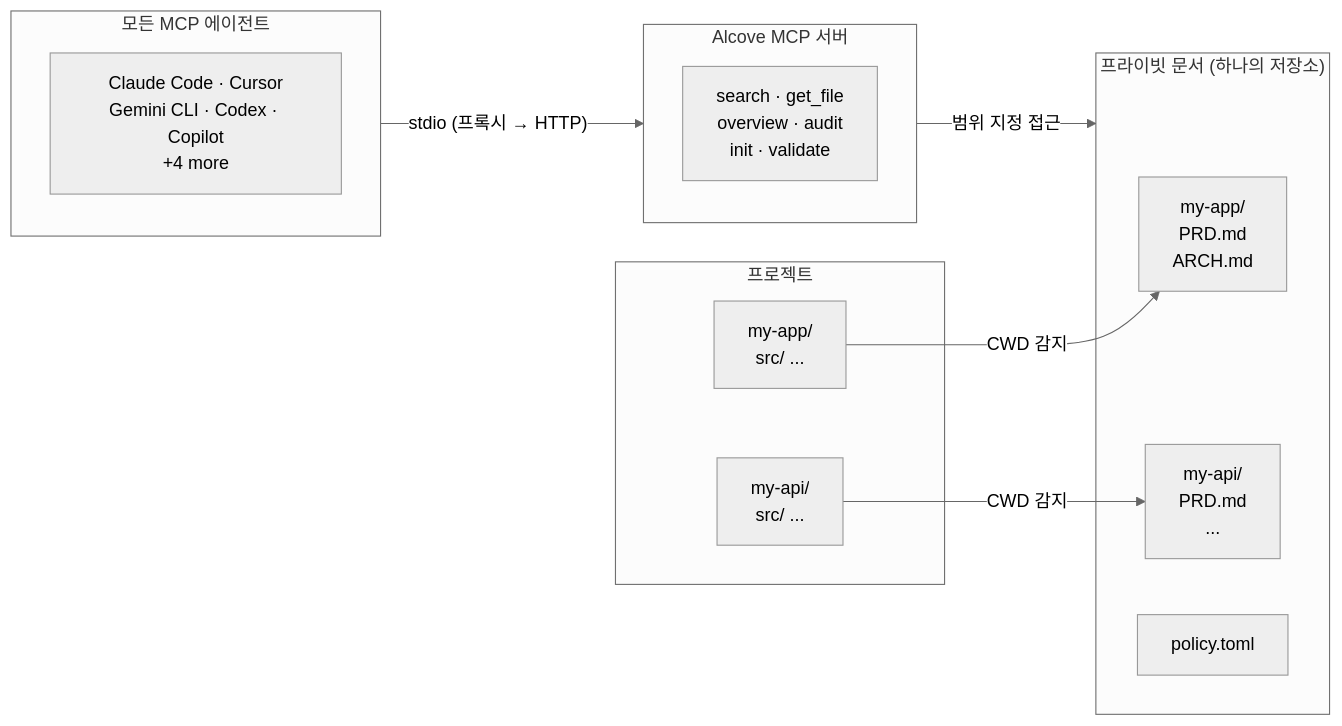
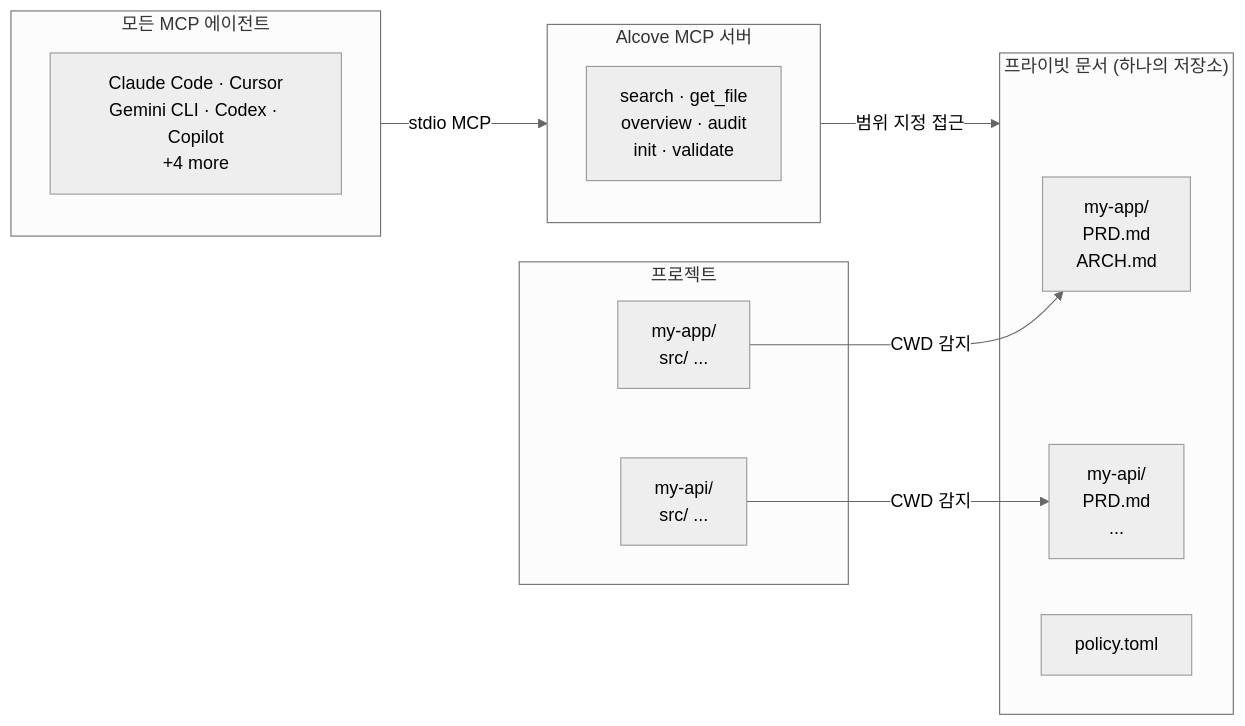
Before and after one commit to epicsagas/alcove: the diagram in docs/README.ko.md, drawn with Mermaid (neutral theme). The commit also changed other lines of this file and 9 other files, not shown here.

First line of the commit message:
docs(readme): simplify to local-first, add roadmap for remote access

````diff
--- a/docs/README.ko.md
+++ b/docs/README.ko.md
@@ -232,26 +230,26 @@
 ```mermaid
 flowchart LR
     subgraph Projects["프로젝트"]
         A1["my-app/\n  src/ ..."]
         A2["my-api/\n  src/ ..."]
     end
 
     subgraph Docs["프라이빗 문서 (하나의 저장소)"]
         D1["my-app/\n  PRD.md\n  ARCH.md"]
         D2["my-api/\n  PRD.md\n  ..."]
         P1["policy.toml"]
     end
 
     subgraph Agents["모든 MCP 에이전트"]
         AG["Claude Code · Cursor\nGemini CLI · Codex · Copilot\n+4 more"]
     end
 
     subgraph MCP["Alcove MCP 서버"]
         T["search · get_file\noverview · audit\ninit · validate"]
     end
 
     A1 -- "CWD 감지" --> D1
     A2 -- "CWD 감지" --> D2
-    Agents -- "stdio (프록시 → HTTP)" --> MCP
+    Agents -- "stdio MCP" --> MCP
     MCP -- "범위 지정 접근" --> Docs
 ```
````
